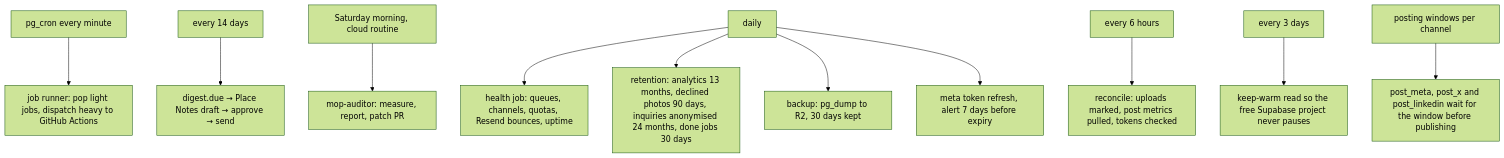
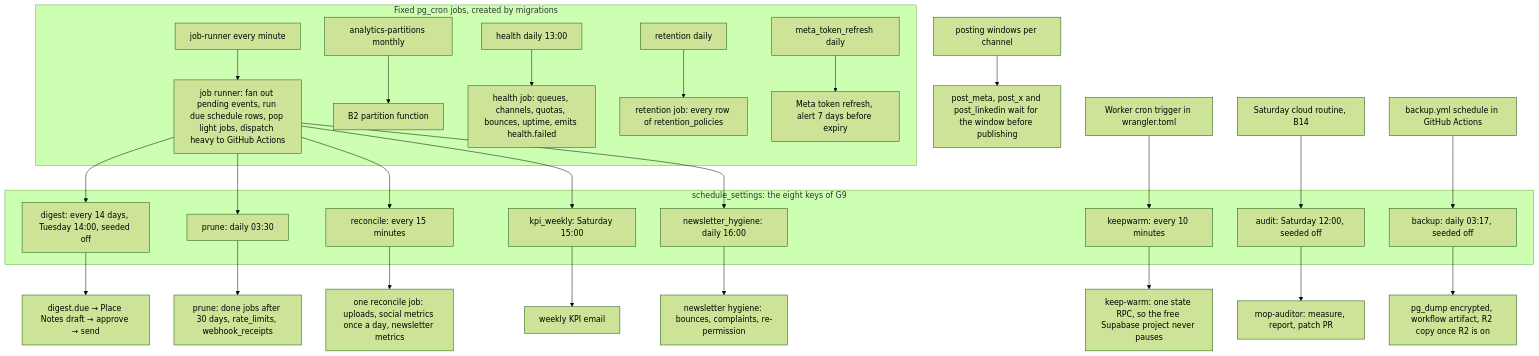
One commit to AbdulrahmanAmer/matter-of-place changed the second of 3 diagrams in workspace/03-diagrams/automations.md. Above: the diagram before and after it, drawn with Mermaid (forest theme). The commit also changed other lines of this file and 104 other files, not shown here.

First line of the commit message:
Traceability audit rounds 5 and 6; diagrams brought in line with the plans; rulings G58 to G65

````diff
--- a/workspace/03-diagrams/automations.md
+++ b/workspace/03-diagrams/automations.md
@@ -44,10 +55,30 @@
 ```mermaid
 flowchart TB
-  M[pg_cron every minute] --> R[job runner: pop light jobs, dispatch heavy to GitHub Actions]
-  D14[every 14 days] --> DG[digest.due → Place Notes draft → approve → send]
-  SAT[Saturday morning, cloud routine] --> AU[mop-auditor: measure, report, patch PR]
-  DAY[daily] --> HE[health job: queues, channels, quotas, Resend bounces, uptime] & PR[retention: analytics 13 months, declined photos 90 days, inquiries anonymised 24 months, done jobs 30 days] & BK[backup: pg_dump to R2, 30 days kept] & TK[meta token refresh, alert 7 days before expiry]
-  H6[every 6 hours] --> RC[reconcile: uploads marked, post metrics pulled, tokens checked]
-  D3[every 3 days] --> KW[keep-warm read so the free Supabase project never pauses]
+  subgraph PGC[Fixed pg_cron jobs, created by migrations]
+    M[job-runner every minute] --> R[job runner: fan out pending events, run due schedule rows, pop light jobs, dispatch heavy to GitHub Actions]
+    AP[analytics-partitions monthly] --> APJ[B2 partition function]
+    HE[health daily 13:00] --> HEJ[health job: queues, channels, quotas, bounces, uptime, emits health.failed]
+    RT[retention daily] --> RTJ[retention job: every row of retention_policies]
+    TK[meta_token_refresh daily] --> TKJ[Meta token refresh, alert 7 days before expiry]
+  end
+  subgraph SSR[schedule_settings: the eight keys of G9]
+    DG[digest: every 14 days, Tuesday 14:00, seeded off]
+    PRU[prune: daily 03:30]
+    RC[reconcile: every 15 minutes]
+    KPI[kpi_weekly: Saturday 15:00]
+    NH[newsletter_hygiene: daily 16:00]
+    KW[keepwarm: every 10 minutes]
+    AU[audit: Saturday 12:00, seeded off]
+    BK[backup: daily 03:17, seeded off]
+  end
+  R --> DG & PRU & RC & KPI & NH
+  DG --> DGE[digest.due → Place Notes draft → approve → send]
+  PRU --> PRJ[prune: done jobs after 30 days, rate_limits, webhook_receipts]
+  RC --> RCJ[one reconcile job: uploads, social metrics once a day, newsletter metrics]
+  KPI --> KPJ[weekly KPI email]
+  NH --> NHJ[newsletter hygiene: bounces, complaints, re-permission]
+  WCT[Worker cron trigger in wrangler.toml] --> KW --> KWJ[keep-warm: one state RPC, so the free Supabase project never pauses]
+  RTN[Saturday cloud routine, B14] --> AU --> AUJ[mop-auditor: measure, report, patch PR]
+  BY[backup.yml schedule in GitHub Actions] --> BK --> BKJ[pg_dump encrypted, workflow artifact, R2 copy once R2 is on]
   WIN[posting windows per channel] --> PM[post_meta, post_x and post_linkedin wait for the window before publishing]
 ```
````
